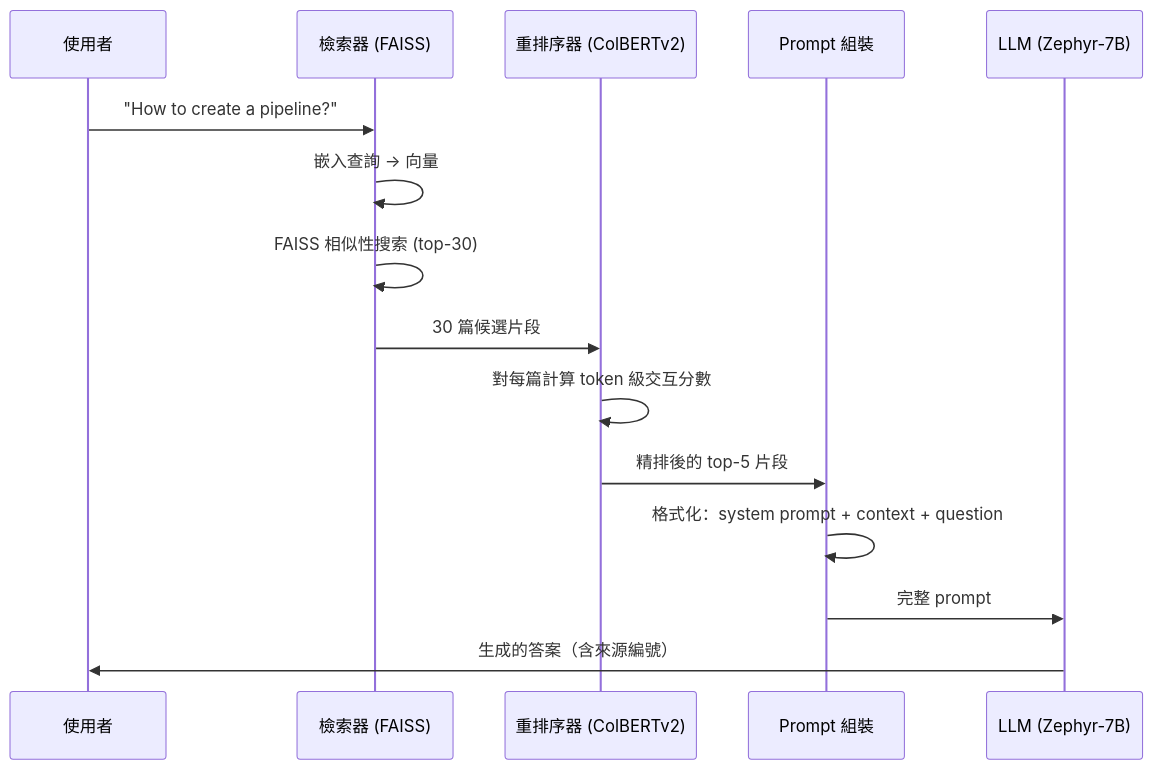
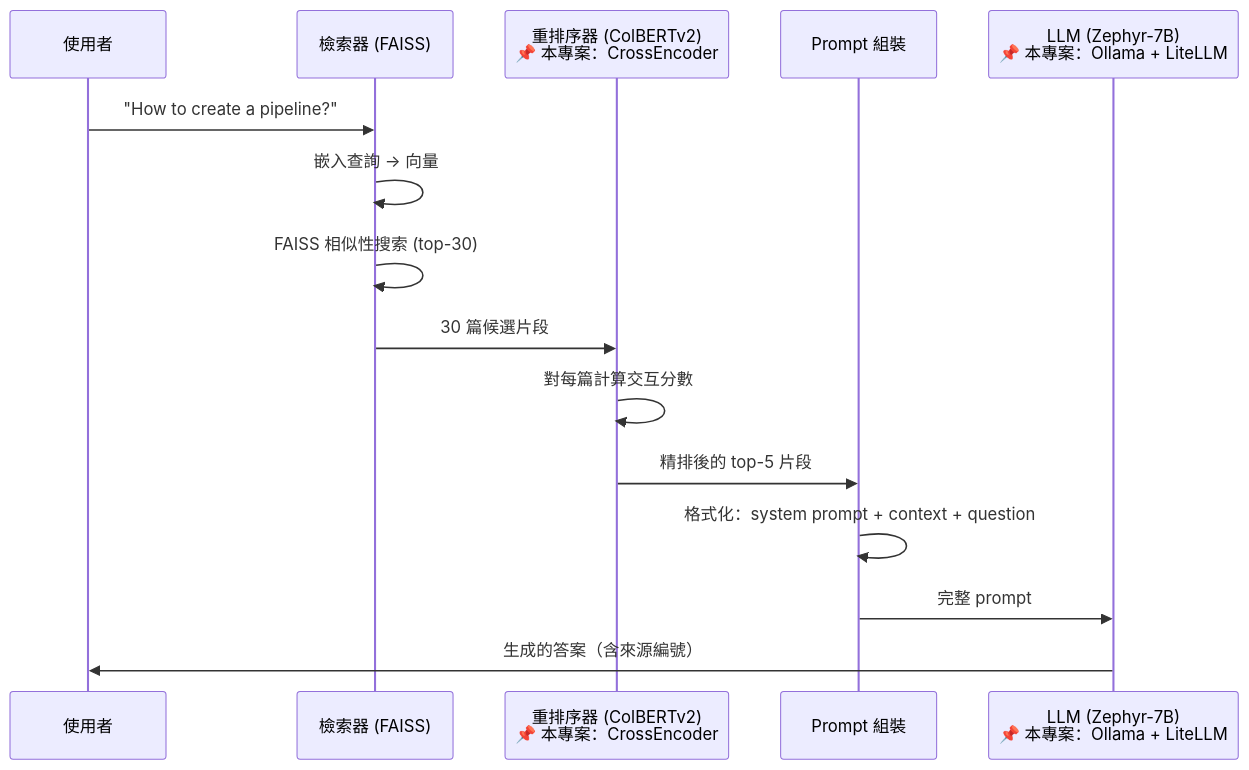
Diagram 19 of 21 in docs/Advanced_RAG_Summary.md (JoeW00/week6-advanced-rag), drawn with Mermaid before and after one commit. The commit also changed other lines of this file and 5 other files, not shown here.

````diff
--- a/docs/Advanced_RAG_Summary.md
+++ b/docs/Advanced_RAG_Summary.md
@@ -1036,18 +1126,18 @@
 ```mermaid
 sequenceDiagram
     participant U as 使用者
     participant R as 檢索器 (FAISS)
-    participant RR as 重排序器 (ColBERTv2)
+    participant RR as 重排序器 (ColBERTv2)<br>📌 本專案：CrossEncoder
     participant P as Prompt 組裝
-    participant L as LLM (Zephyr-7B)
+    participant L as LLM (Zephyr-7B)<br>📌 本專案：Ollama + LiteLLM
 
     U->>R: "How to create a pipeline?"
     R->>R: 嵌入查詢 → 向量
     R->>R: FAISS 相似性搜索 (top-30)
     R->>RR: 30 篇候選片段
-    RR->>RR: 對每篇計算 token 級交互分數
+    RR->>RR: 對每篇計算交互分數
     RR->>P: 精排後的 top-5 片段
     P->>P: 格式化：system prompt + context + question
     P->>L: 完整 prompt
     L->>U: 生成的答案（含來源編號）
 ```
````
